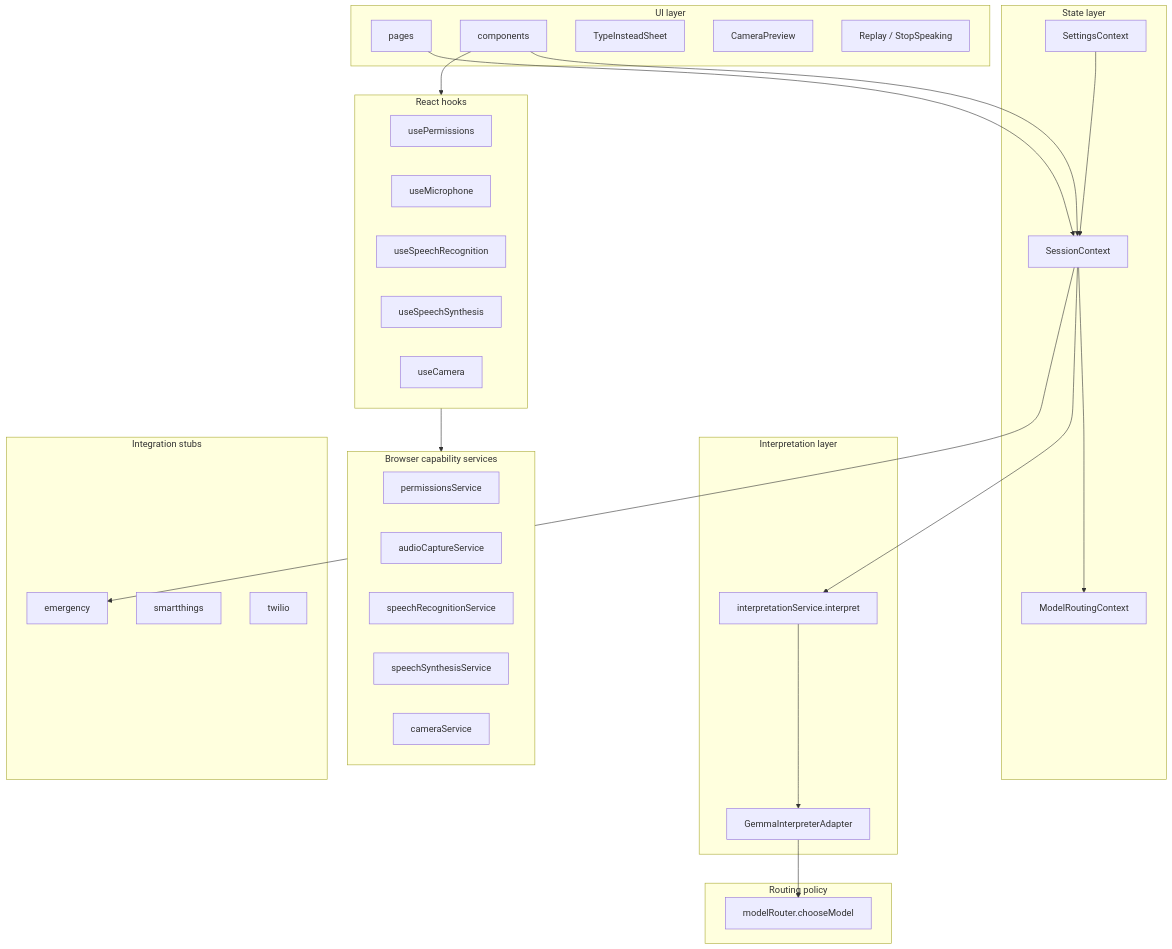
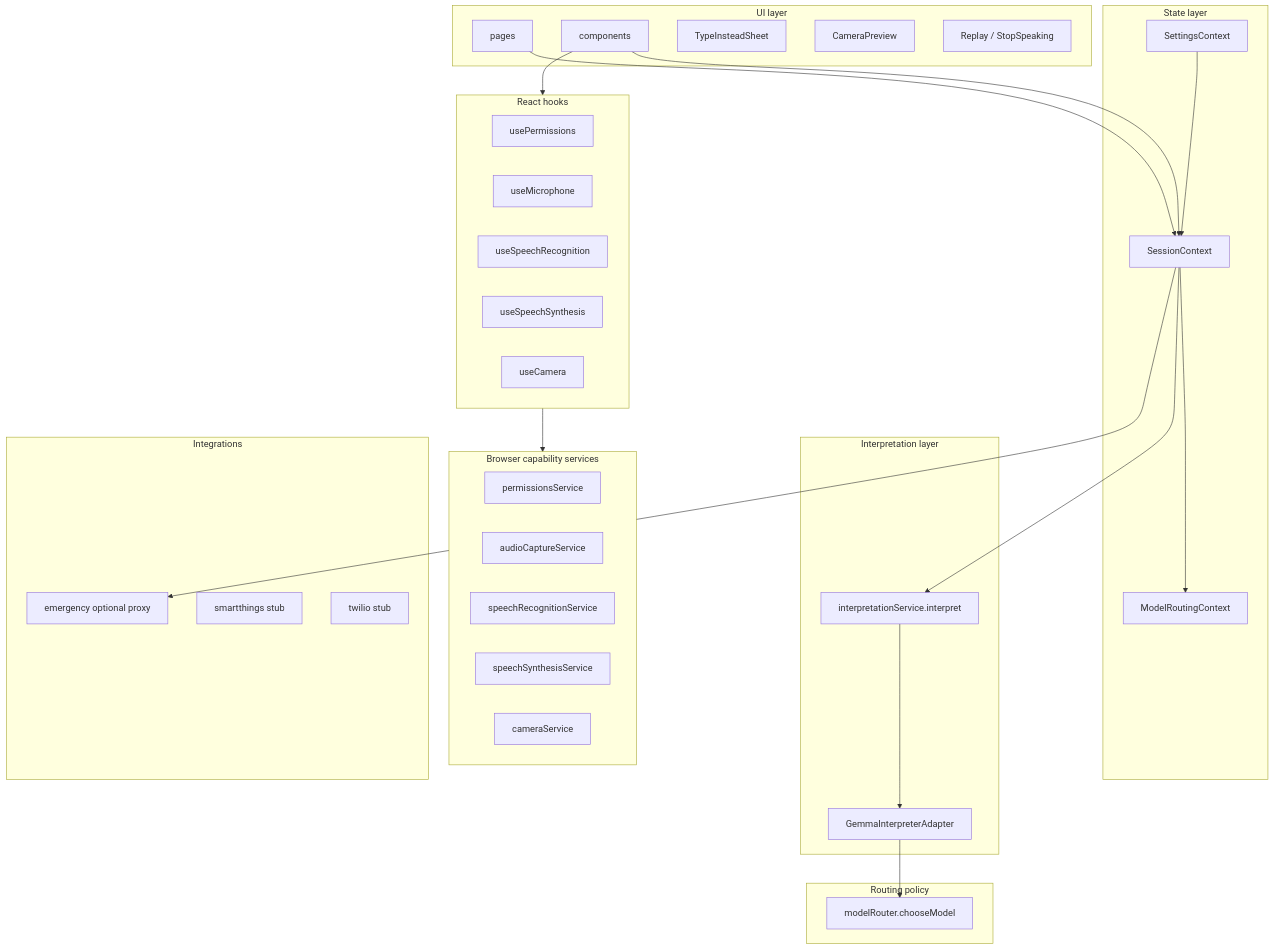
Before and after one commit to Manoj7ar/Relay: the diagram in docs/ARCHITECTURE.md, drawn with Mermaid. The commit also changed other lines of this file and 7 other files, not shown here.

````diff
--- a/docs/ARCHITECTURE.md
+++ b/docs/ARCHITECTURE.md
@@ -13,52 +13,52 @@
 ```mermaid
 flowchart TB
   subgraph ui [UI layer]
     Pages[pages]
     Components[components]
     TypeSheet[TypeInsteadSheet]
     CamPreview[CameraPreview]
     Replay[Replay / StopSpeaking]
   end
   subgraph hooks [React hooks]
     usePerm[usePermissions]
     useMic[useMicrophone]
     useSTT[useSpeechRecognition]
     useTTS[useSpeechSynthesis]
     useCam[useCamera]
   end
   subgraph state [State layer]
     Session[SessionContext]
     RoutingCtx[ModelRoutingContext]
     Settings[SettingsContext]
   end
   subgraph interp [Interpretation layer]
     ISvc[interpretationService.interpret]
     GemmaAdapter[GemmaInterpreterAdapter]
   end
   subgraph browser [Browser capability services]
     PermSvc[permissionsService]
     AudioSvc[audioCaptureService]
     STTSvc[speechRecognitionService]
     TTSSvc[speechSynthesisService]
     CamSvc[cameraService]
   end
   subgraph routing [Routing policy]
     Router[modelRouter.chooseModel]
   end
-  subgraph integrations [Integration stubs]
-    Emergency[emergency]
-    ST[smartthings]
-    Twilio[twilio]
+  subgraph integrations [Integrations]
+    Emergency[emergency optional proxy]
+    ST[smartthings stub]
+    Twilio[twilio stub]
   end
 
   Pages --> Session
   Components --> Session
   Components --> hooks
   hooks --> browser
   Session --> ISvc
   ISvc --> GemmaAdapter
   GemmaAdapter --> Router
   Session --> RoutingCtx
   Settings --> Session
   Session --> Emergency
 ```
````
